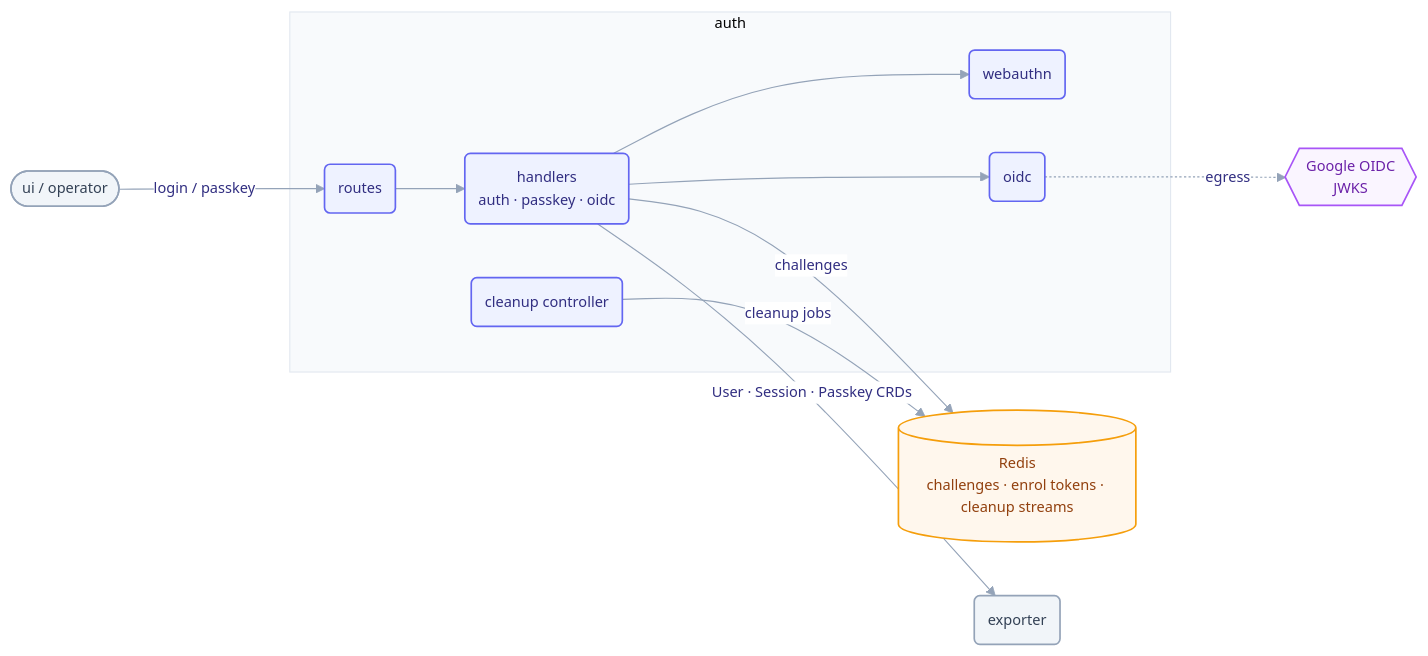
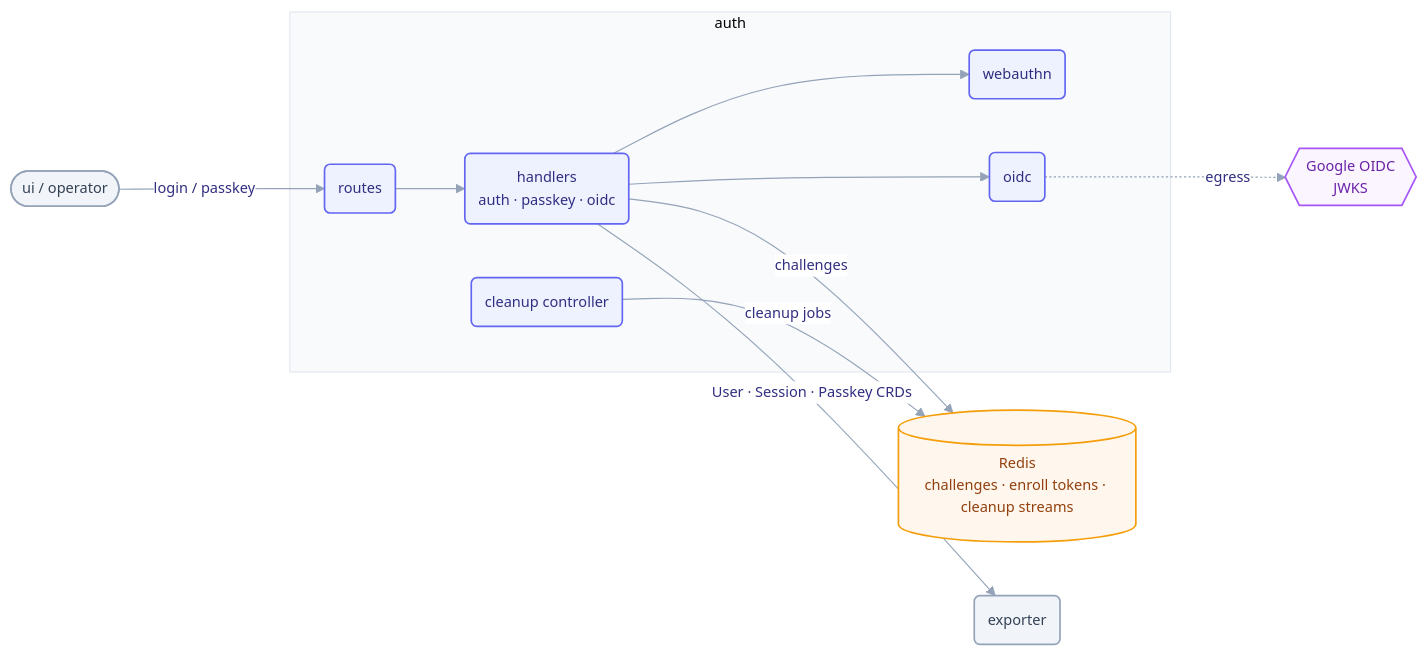
The diagram in services/auth/README.md (telark/telark), drawn with Mermaid before and after one commit. The commit also changed other lines of this file and 106 other files, not shown here.

````diff
--- a/services/auth/README.md
+++ b/services/auth/README.md
@@ -10,31 +10,31 @@
 ```mermaid
 %%{init: {"theme":"base","themeVariables":{"fontFamily":"ui-sans-serif, system-ui, -apple-system, Segoe UI, Roboto, sans-serif","fontSize":"13px","lineColor":"#94a3b8","primaryColor":"#eef2ff","primaryBorderColor":"#6366f1","primaryTextColor":"#312e81","edgeLabelBackground":"#ffffff","clusterBkg":"#f8fafc","clusterBorder":"#e2e8f0"},"flowchart":{"curve":"basis","htmlLabels":true,"nodeSpacing":48,"rankSpacing":62,"padding":12}}}%%
 flowchart LR
   UI(["ui / operator"])
 
   subgraph auth["auth"]
     RT(routes) --> H("handlers<br/>auth · passkey · oidc")
     H --> WA(webauthn)
     H --> OI(oidc)
     CL(cleanup controller)
   end
 
-  REDIS[("Redis<br/>challenges · enrol tokens · cleanup streams")]
+  REDIS[("Redis<br/>challenges · enroll tokens · cleanup streams")]
   EXP(exporter)
   GOOG{{"Google OIDC<br/>JWKS"}}
 
   UI -->|login / passkey| RT
   H -->|challenges| REDIS
   CL -->|cleanup jobs| REDIS
   H -->|User · Session · Passkey CRDs| EXP
   OI -.egress.-> GOOG
 
   classDef svc fill:#eef2ff,stroke:#6366f1,stroke-width:1.5px,color:#312e81;
   classDef peer fill:#f1f5f9,stroke:#94a3b8,stroke-width:1.5px,color:#334155;
   classDef store fill:#fff7ed,stroke:#f59e0b,stroke-width:1.5px,color:#92400e;
   classDef ext fill:#faf5ff,stroke:#a855f7,stroke-width:1.5px,color:#6b21a8;
   class RT,H,WA,OI,CL svc;
   class UI,EXP peer;
   class REDIS store;
   class GOOG ext;
 ```
````
